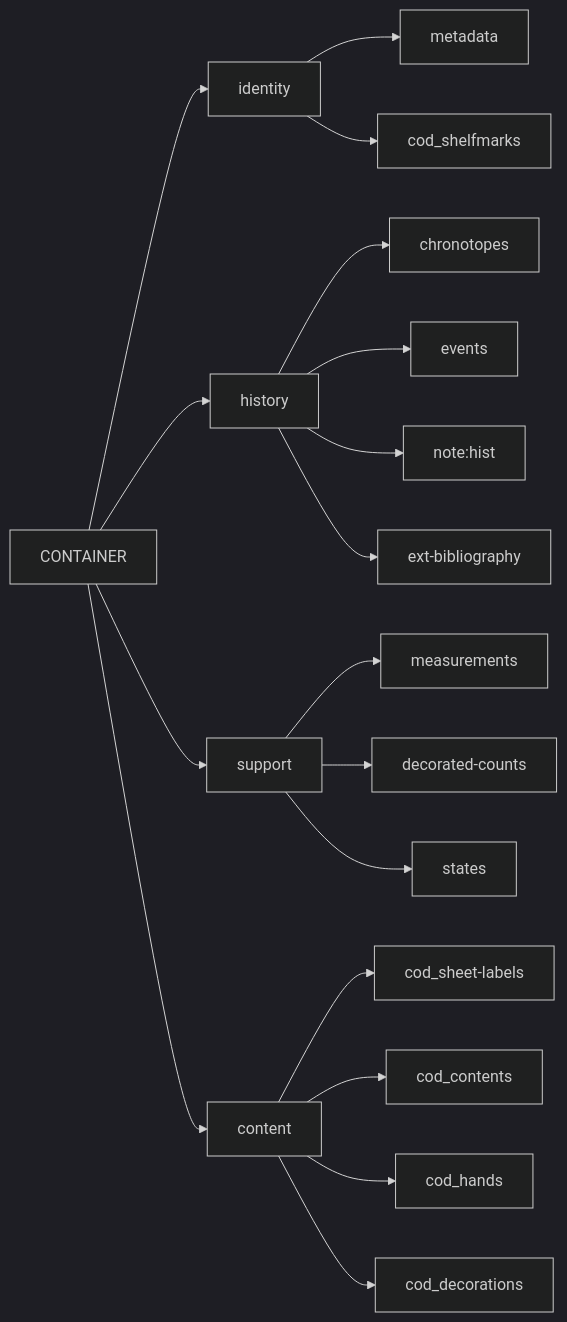
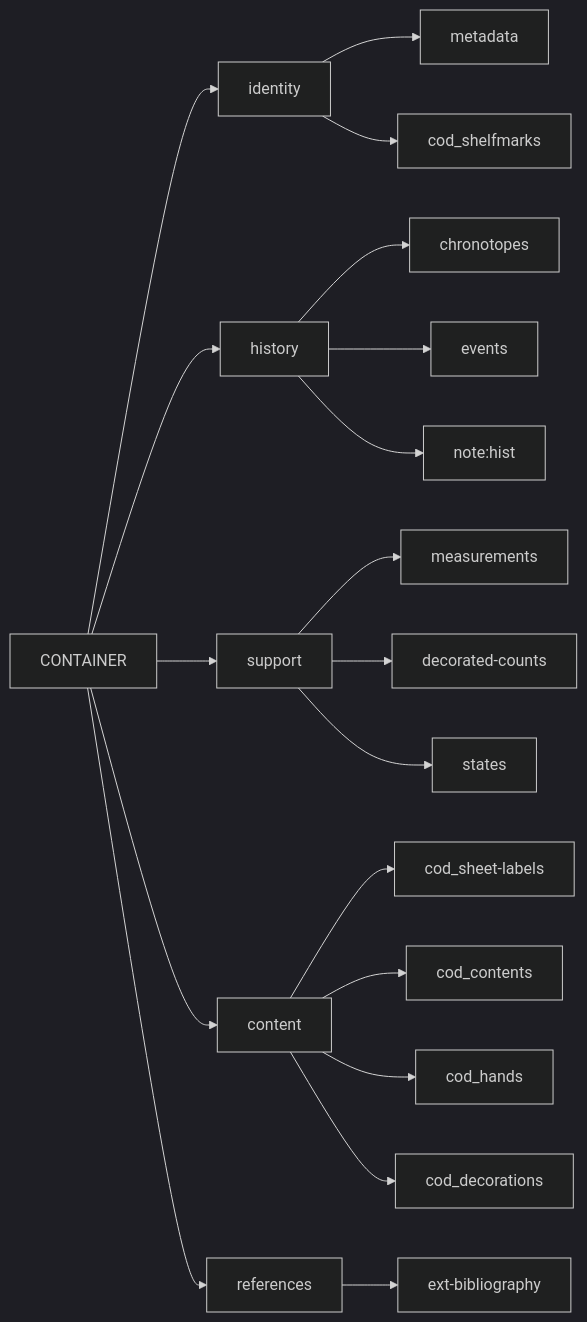
The second of 2 diagrams in README.md (vedph/cadmus-ndp-frac), drawn with Mermaid (dark theme) before and after one commit.

````diff
--- a/README.md
+++ b/README.md
@@ -49,20 +49,21 @@
 ```mermaid
 graph LR;
 CONTAINER --> identity
 identity --> metadata
 identity --> cod_shelfmarks
 CONTAINER --> history
 history --> chronotopes
 history --> events
 history --> note:hist
-history --> ext-bibliography
 CONTAINER --> support
 support --> measurements
 support --> decorated-counts
 support --> states
 CONTAINER --> content
 content --> cod_sheet-labels
 content --> cod_contents
 content --> cod_hands
 content --> cod_decorations
+CONTAINER --> references
+references --> ext-bibliography
 ```
````
